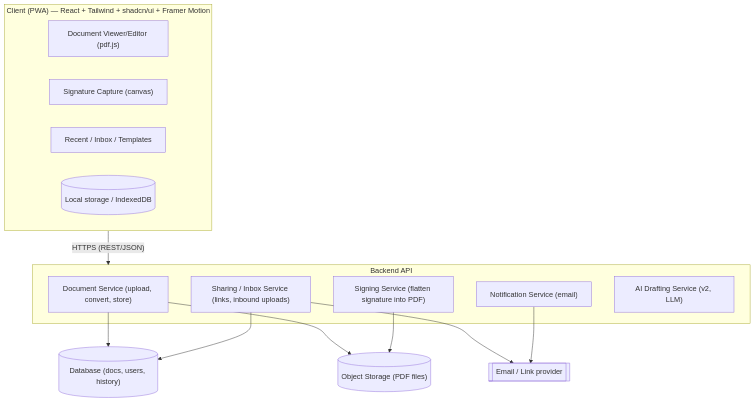
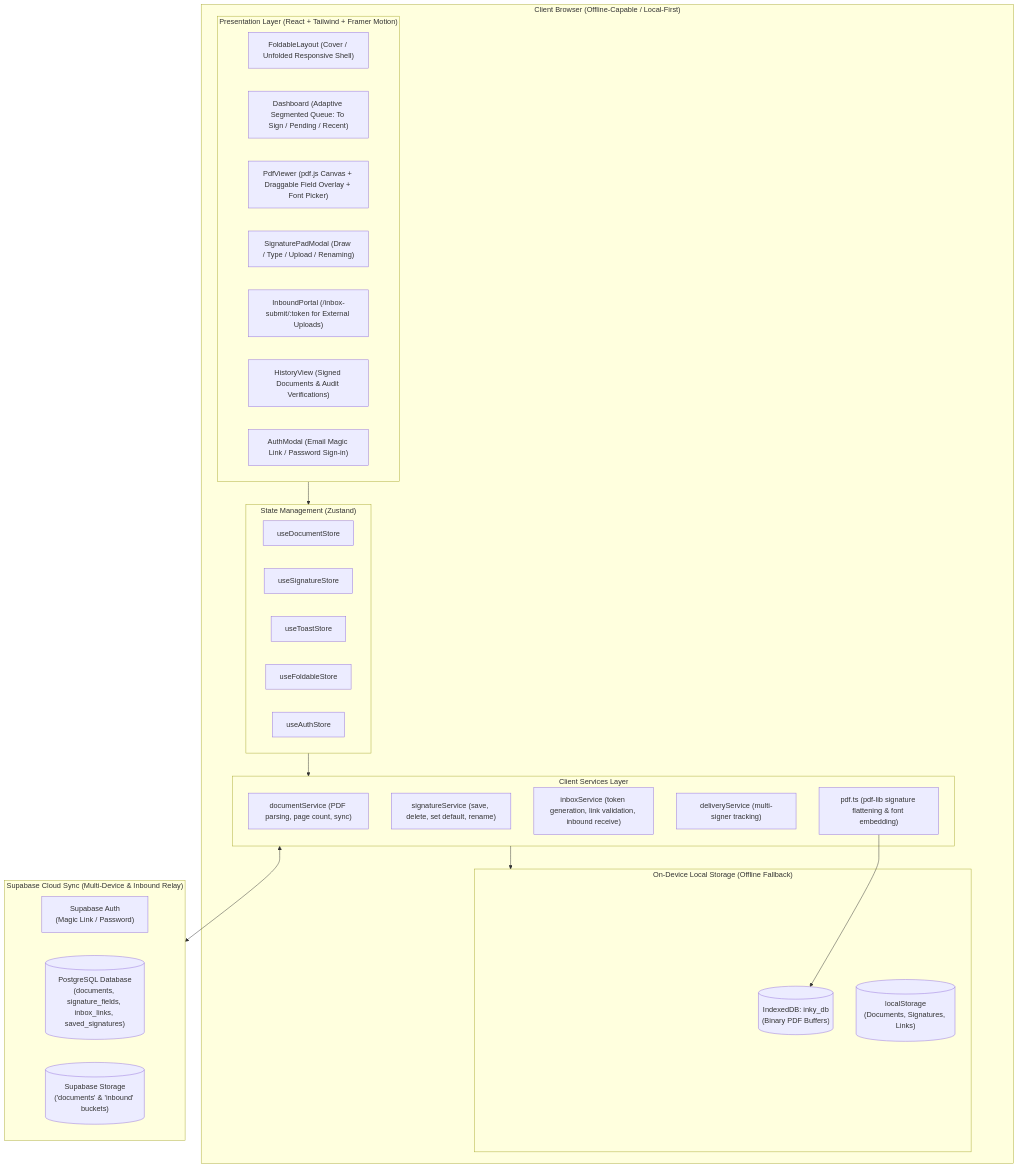
One commit to nyxieeee/Inky changed the first of 4 diagrams in esign-app-plan.md. Above: the diagram before and after it, drawn with Mermaid. The commit also changed other lines of this file and 34 other files, not shown here.

Commit message:
fix/add: added supabase support and fixed ui bugs along with signature feature, renaming and inky token for shareable links

````diff
--- a/esign-app-plan.md
+++ b/esign-app-plan.md
@@ -97,29 +83,47 @@
 ```mermaid
 flowchart TB
-    subgraph Client["Client (PWA) — React + Tailwind + shadcn/ui + Framer Motion"]
-        DV["Document Viewer/Editor (pdf.js)"]
-        SC["Signature Capture (canvas)"]
-        RQ["Recent / Inbox / Templates"]
-        LS[("Local storage / IndexedDB")]
+    subgraph Browser["Client Browser (Offline-Capable / Local-First)"]
+        subgraph UI["Presentation Layer (React + Tailwind + Framer Motion)"]
+            FL["FoldableLayout (Cover / Unfolded Responsive Shell)"]
+            DB["Dashboard (Adaptive Segmented Queue: To Sign / Pending / Recent)"]
+            PV["PdfViewer (pdf.js Canvas + Draggable Field Overlay + Font Picker)"]
+            SP["SignaturePadModal (Draw / Type / Upload / Renaming)"]
+            IP["InboundPortal (/inbox-submit/:token for External Uploads)"]
+            HV["HistoryView (Signed Documents & Audit Verifications)"]
+            AM["AuthModal (Email Magic Link / Password Sign-in)"]
+        end
+
+        subgraph State["State Management (Zustand)"]
+            UDS["useDocumentStore"]
+            USS["useSignatureStore"]
+            UTS["useToastStore"]
+            UFS["useFoldableStore"]
+            UAS["useAuthStore"]
+        end
+
+        subgraph Services["Client Services Layer"]
+            DOCS["documentService (PDF parsing, page count, sync)"]
+            SIGS["signatureService (save, delete, set default, rename)"]
+            INBS["inboxService (token generation, link validation, inbound receive)"]
+            DELS["deliveryService (multi-signer tracking)"]
+            PDFL["pdf.ts (pdf-lib signature flattening & font embedding)"]
+        end
+
+        subgraph Storage["On-Device Local Storage (Offline Fallback)"]
+            IDB[("IndexedDB: inky_db\n(Binary PDF Buffers)")]
+            LST[("localStorage\n(Documents, Signatures, Links)")]
+        end
     end
 
-    subgraph Backend["Backend API"]
-        DS["Document Service (upload, convert, store)"]
-        SS["Signing Service (flatten signature into PDF)"]
-        SH["Sharing / Inbox Service (links, inbound uploads)"]
-        NS["Notification Service (email)"]
-        AI["AI Drafting Service (v2, LLM)"]
+    subgraph Cloud["Supabase Cloud Sync (Multi-Device & Inbound Relay)"]
+        SA["Supabase Auth\n(Magic Link / Password)"]
+        SDB[("PostgreSQL Database\n(documents, signature_fields, inbox_links, saved_signatures)")]
+        SSB[("Supabase Storage\n('documents' & 'inbound' buckets)")]
     end
 
-    DB[("Database (docs, users, history)")]
-    OS[("Object Storage (PDF files)")]
-    EM[["Email / Link provider"]]
-
-    Client -- "HTTPS (REST/JSON)" --> Backend
-    DS --> DB
-    DS --> OS
-    SS --> OS
-    SH --> DB
-    SH --> EM
-    NS --> EM
+    UI --> State
+    State --> Services
+    Services --> Storage
+    Services <--> Cloud
+    PDFL --> IDB
 ```
````
